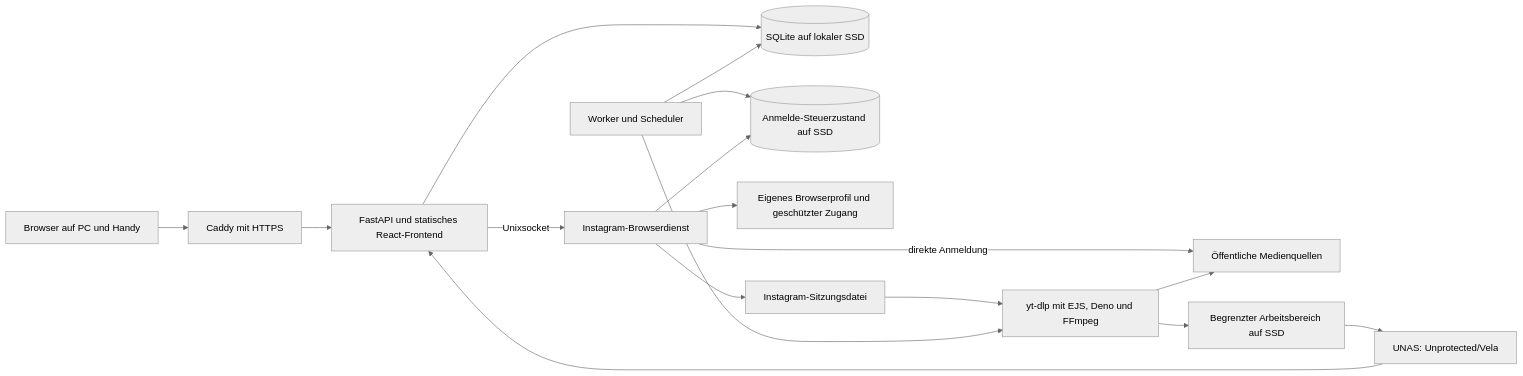
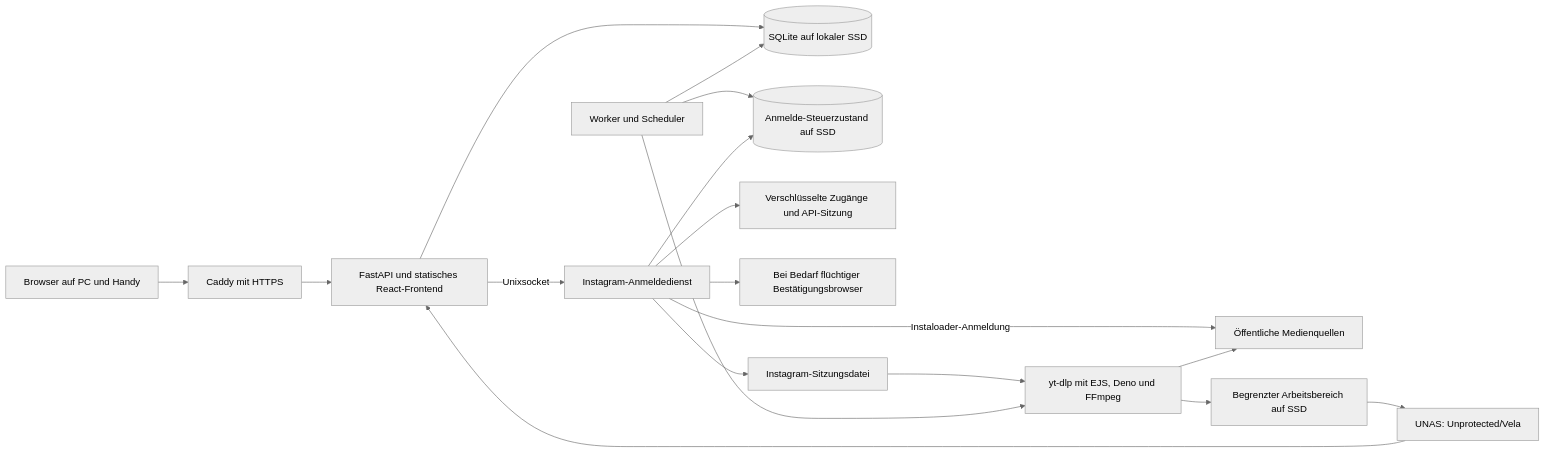
Before and after one commit to volatile1990/vela: the diagram in docs/architecture.md, drawn with Mermaid (neutral theme). The commit also changed other lines of this file and 13 other files, not shown here.

Commit message:
Use Instaloader for Instagram authentication and session renewal

````diff
--- a/docs/architecture.md
+++ b/docs/architecture.md
@@ -29,19 +29,20 @@
 ```mermaid
 flowchart LR
     B[Browser auf PC und Handy] --> C[Caddy mit HTTPS]
     C --> A[FastAPI und statisches React-Frontend]
     A --> Q[(SQLite auf lokaler SSD)]
     W[Worker und Scheduler] --> Q
-    A -->|Unixsocket| R[Instagram-Browserdienst]
+    A -->|Unixsocket| R[Instagram-Anmeldedienst]
     W --> T[(Anmelde-Steuerzustand auf SSD)]
     R --> T
-    R --> P[Eigenes Browserprofil und geschützter Zugang]
-    R -->|direkte Anmeldung| I
+    R --> P[Verschlüsselte Zugänge und API-Sitzung]
+    R -->|Instaloader-Anmeldung| I
+    R --> H[Bei Bedarf flüchtiger Bestätigungsbrowser]
     R --> K[Instagram-Sitzungsdatei]
     K --> E
     W --> E[yt-dlp mit EJS, Deno und FFmpeg]
     E --> I[Öffentliche Medienquellen]
     E --> S[Begrenzter Arbeitsbereich auf SSD]
     S --> F[UNAS: Unprotected/Vela]
     F --> A
 ```
````
